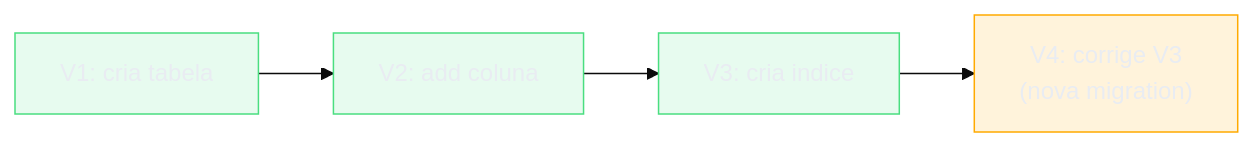
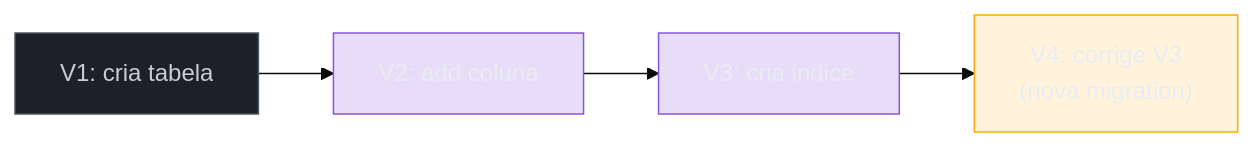
Before and after one commit to josenaldo/codex-technomanticus: the first of 5 diagrams in 03-Dominios/Ciência/Banco de Dados/15 - Operação em produção.md, drawn with Mermaid (base theme). The commit also changed other lines of this file and 601 other files, not shown here.

````diff
--- a/03-Dominios/Ciência/Banco de Dados/15 - Operação em produção.md
+++ b/03-Dominios/Ciência/Banco de Dados/15 - Operação em produção.md
@@ -56,12 +56,13 @@
 ```mermaid
 flowchart LR
-    classDef ok fill:#4ADE8021,stroke:#4ADE80,color:#E9ECF2
+    classDef marca fill:#8855DF33,stroke:#8855DF,color:#E9ECF2
+    classDef neutro fill:#1B2029,stroke:#4E5666,color:#C6CCD8
     classDef destaque fill:#FFAA0024,stroke:#FFAA00,color:#E9ECF2
     A["V1: cria tabela"] --> B["V2: add coluna"]
     B --> C["V3: cria indice"]
     C --> D["V4: corrige V3<br/>(nova migration)"]
-    class A ok
-    class B ok
-    class C ok
+    class A neutro
+    class B marca
+    class C marca
     class D destaque
 ```
````
